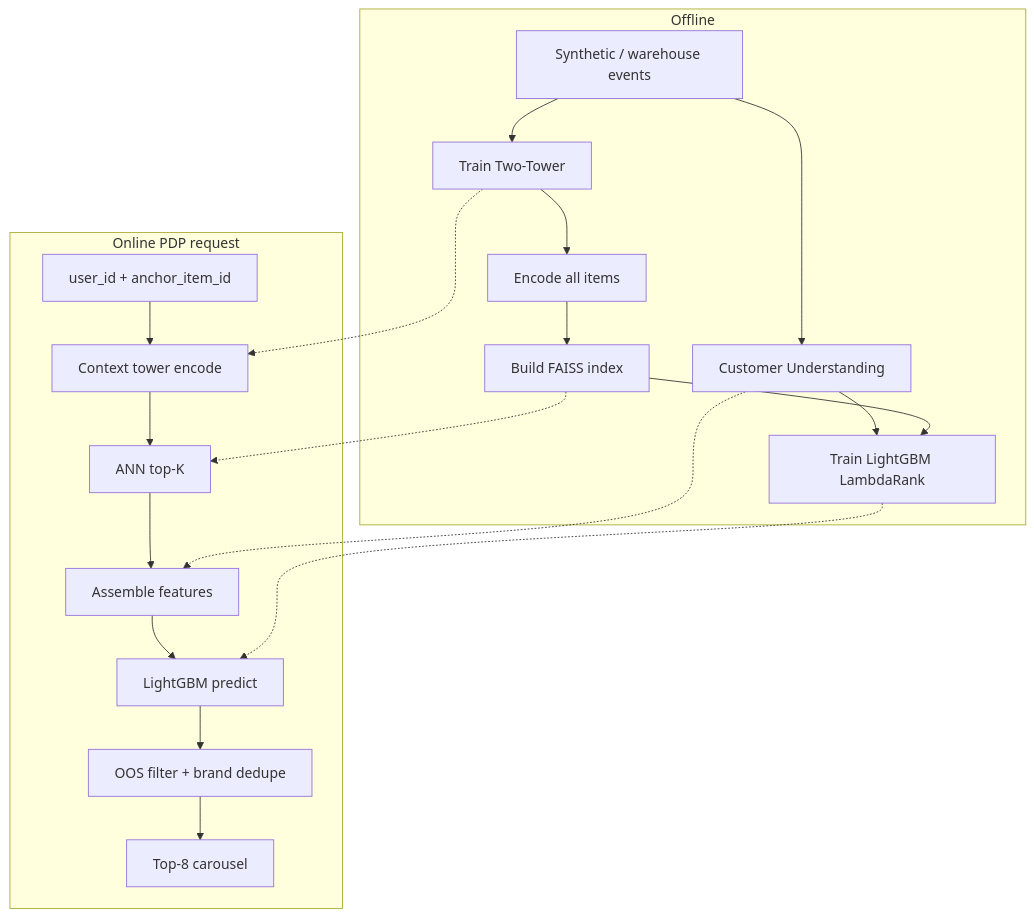
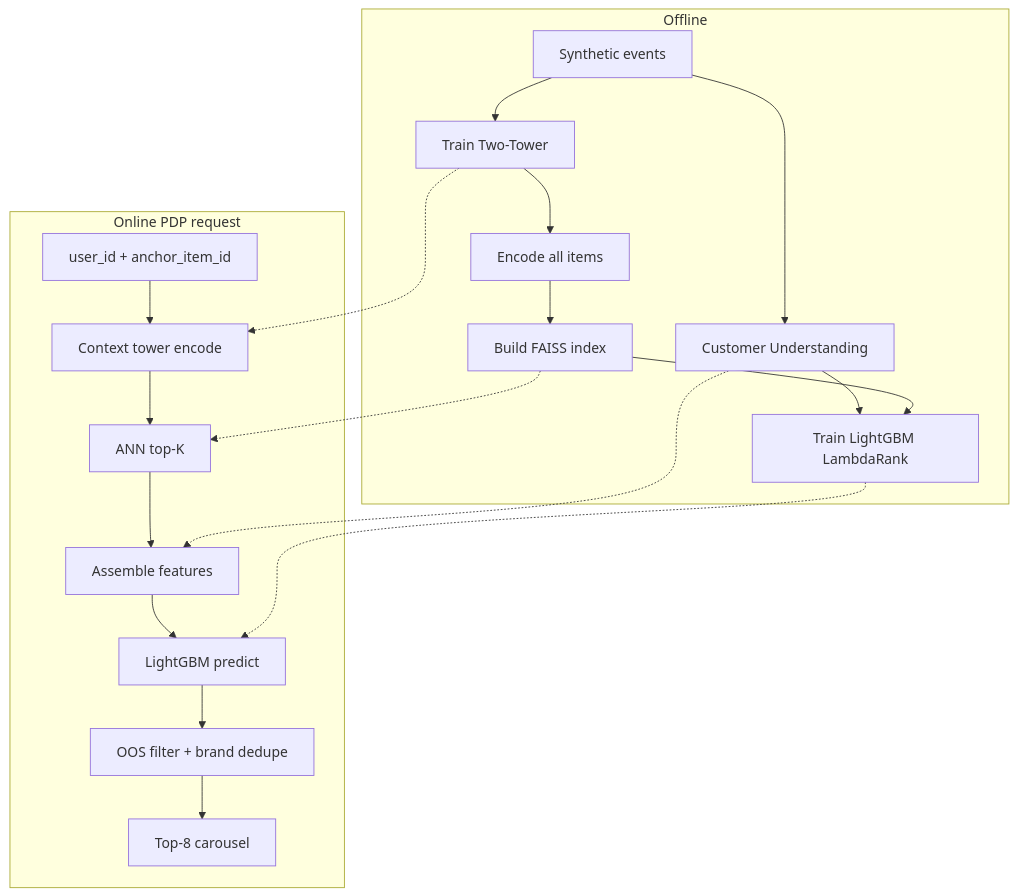
Before and after one commit to siddheshpradhan108/ecommerce-pdp-recommender: the diagram in README.md, drawn with Mermaid. The commit also changed other lines of this file and 5 other files, not shown here.

````diff
--- a/README.md
+++ b/README.md
@@ -62,30 +62,30 @@
 ```mermaid
 flowchart TB
   subgraph Offline
-    D[Synthetic / warehouse events]
+    D[Synthetic events]
     TT[Train Two-Tower]
     EMB[Encode all items]
     FAISS[Build FAISS index]
     CU[Customer Understanding]
     LGB[Train LightGBM LambdaRank]
     D --> TT --> EMB --> FAISS
     D --> CU --> LGB
     FAISS --> LGB
   end
 
   subgraph Online["Online PDP request"]
     REQ["user_id + anchor_item_id"]
     CTX[Context tower encode]
     ANN[ANN top-K]
     FEAT[Assemble features]
     RANK[LightGBM predict]
     RULES[OOS filter + brand dedupe]
     OUT[Top-8 carousel]
     REQ --> CTX --> ANN --> FEAT --> RANK --> RULES --> OUT
   end
 
   FAISS -.-> ANN
   TT -.-> CTX
   LGB -.-> RANK
   CU -.-> FEAT
 ```
````
